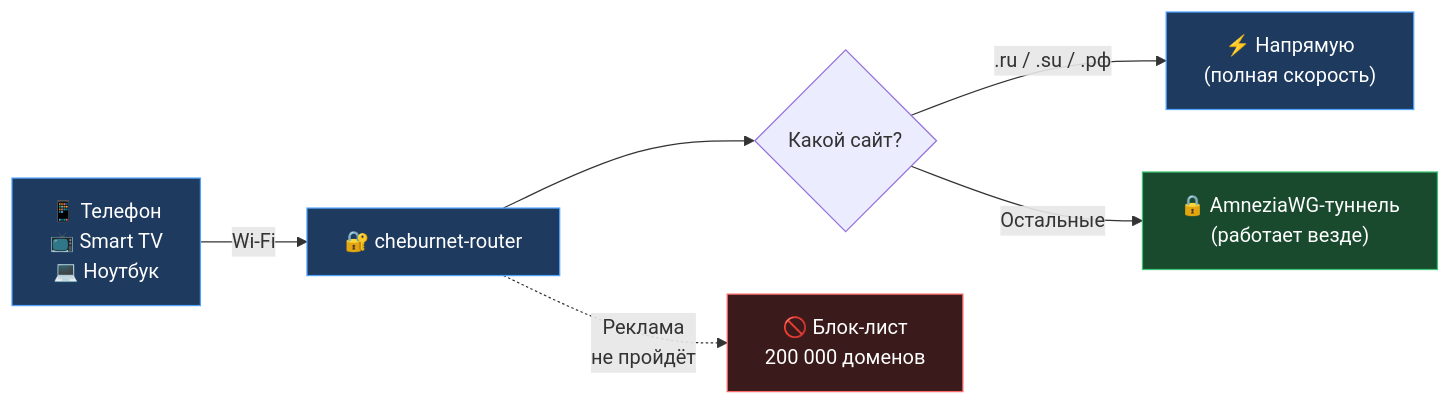
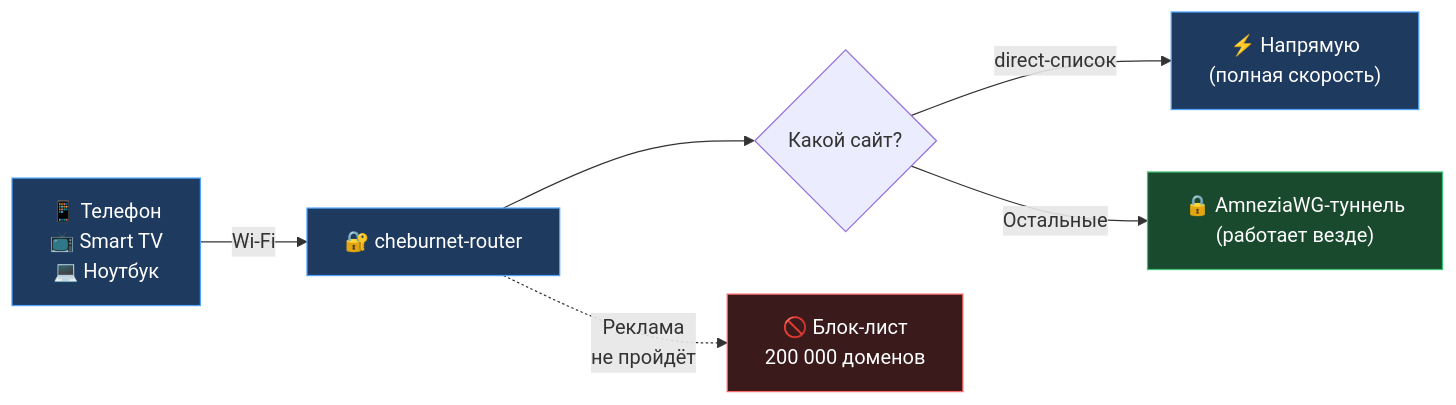
Before and after one commit to andreiyurik/cheburnet-router: the first of 2 diagrams in README.md, drawn with Mermaid. The commit also changed other lines of this file, not shown here.

````diff
--- a/README.md
+++ b/README.md
@@ -60,15 +71,15 @@
 ```mermaid
 flowchart LR
     Phone["📱 Телефон<br/>📺 Smart TV<br/>💻 Ноутбук"] -->|"Wi-Fi"| Router["🔐 cheburnet-router"]
     Router --> Choice{"Какой сайт?"}
-    Choice -->|".ru / .su / .рф"| Direct["⚡ Напрямую<br/>(полная скорость)"]
+    Choice -->|"direct-список"| Direct["⚡ Напрямую<br/>(полная скорость)"]
     Choice -->|"Остальные"| VPN["🔒 AmneziaWG-туннель<br/>(работает везде)"]
     Router -.->|"Реклама<br/>не пройдёт"| Block["🚫 Блок-лист<br/>200 000 доменов"]
 
     classDef ru fill:#1e3a5f,stroke:#4fa3ff,color:#fff
     classDef vpn fill:#1a4a2e,stroke:#3bc272,color:#fff
     classDef stop fill:#3a1a1a,stroke:#ff6b6b,color:#fff
     class Direct,Phone,Router ru
     class VPN vpn
     class Block stop
 ```
````
